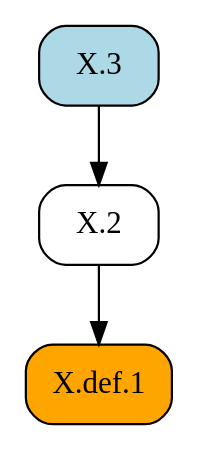
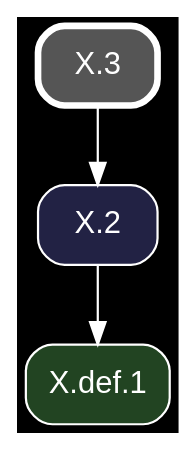
Before and after one commit to geometor/elements: the diagram in docsrc/heath/X/3/index.rst, drawn with Graphviz. The commit also changed other lines of this file and 1200 other files, not shown here.

Commit message:
update dependency graphs

```diff
--- a/docsrc/heath/X/3/index.rst
+++ b/docsrc/heath/X/3/index.rst
@@ -75,11 +75,13 @@
 .. graphviz::
 
    digraph {
+     bgcolor="black";
+     node [shape=box, style="rounded,filled", fontname="Helvetica", color="white", fontcolor="white"];
+     edge [color="white", fontcolor="white"];
      rankdir="TB";
-     node [shape=box, style=rounded];
-     "X.def.1" [style="rounded,filled", fillcolor=orange, URL="/heath/X/def.1/", target="_top"];
-     "X.2" [URL="/heath/X/2/", target="_top"];
-     "X.3" [style="rounded,filled", fillcolor=lightblue, URL="/heath/X/3/", target="_top"];
+     "X.2" [fillcolor="#222244", URL="/heath/X/2/", target="_top"];
+     "X.def.1" [fillcolor="#224422", URL="/heath/X/def.1/", target="_top"];
+     "X.3" [penwidth=3, color="white", fillcolor="#555555", URL="/heath/X/3/", target="_top"];
+     "X.3" -> "X.2";
      "X.2" -> "X.def.1";
-     "X.3" -> "X.2";
    }
```
